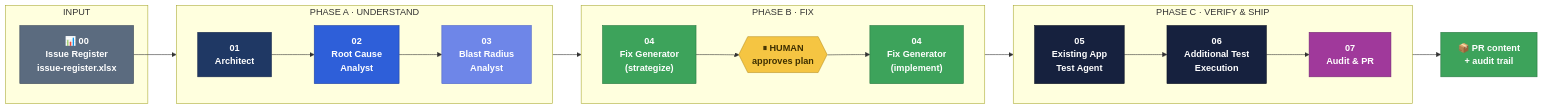
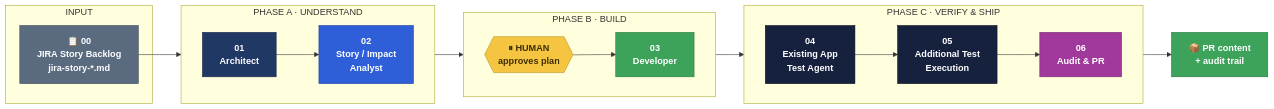
The first of 5 diagrams in .github/README.md (Udaradg/sample-java-project), drawn with Mermaid before and after one commit. The commit also changed other lines of this file and 246 other files, not shown here.

````diff
--- a/.github/README.md
+++ b/.github/README.md
@@ -43,55 +49,51 @@
 ```mermaid
 flowchart LR
   subgraph IN[" INPUT "]
-    R["📊 00<br/>Issue Register<br/>issue-register.xlsx"]
+    R["📋 00<br/>JIRA Story Backlog<br/>jira-story-*.md"]
   end
 
   subgraph A[" PHASE A · UNDERSTAND "]
     direction LR
     A1["01<br/>Architect"]
-    A2["02<br/>Root Cause<br/>Analyst"]
-    A3["03<br/>Blast Radius<br/>Analyst"]
-    A1 --> A2 --> A3
+    A2["02<br/>Story / Impact<br/>Analyst"]
+    A1 --> A2
   end
 
-  subgraph B[" PHASE B · FIX "]
+  subgraph B[" PHASE B · BUILD "]
     direction LR
-    B1["04<br/>Fix Generator<br/>(strategize)"]
     HC{{"⏸ HUMAN<br/>approves plan"}}
-    B2["04<br/>Fix Generator<br/>(implement)"]
-    B1 --> HC --> B2
+    B2["03<br/>Developer"]
+    HC --> B2
   end
 
   subgraph C[" PHASE C · VERIFY & SHIP "]
     direction LR
-    C1["05<br/>Existing App<br/>Test Agent"]
-    C2["06<br/>Additional Test<br/>Execution"]
-    C3["07<br/>Audit & PR"]
+    C1["04<br/>Existing App<br/>Test Agent"]
+    C2["05<br/>Additional Test<br/>Execution"]
+    C3["06<br/>Audit & PR"]
     C1 --> C2 --> C3
   end
 
   R --> A2
-  A3 --> B1
+  A2 --> HC
   B2 --> C1
   C3 --> OUT["📦 PR content<br/>+ audit trail"]
 
   classDef input fill:#5B6B7F,stroke:#3d4a5a,color:#fff,font-weight:bold
   classDef phaseA fill:#1F3864,stroke:#14254a,color:#fff,font-weight:bold
   classDef phaseA2 fill:#2E5FD9,stroke:#1e42a0,color:#fff,font-weight:bold
-  classDef phaseA3 fill:#6E86E8,stroke:#4a63c8,color:#fff,font-weight:bold
   classDef phaseB fill:#3DA35B,stroke:#26773f,color:#fff,font-weight:bold
   classDef human fill:#F5C542,stroke:#b8901f,color:#3d2f00,font-weight:bold
   classDef phaseC fill:#16213E,stroke:#0a1020,color:#fff,font-weight:bold
   classDef ship fill:#A0399B,stroke:#732770,color:#fff,font-weight:bold
   classDef out fill:#3DA35B,stroke:#26773f,color:#fff,font-weight:bold
 
   class R input
   class A1 phaseA
   class A2 phaseA2
-  class A3 phaseA3
-  class B1,B2 phaseB
+  class B2 phaseB
   class HC human
   class C1,C2 phaseC
   class C3 ship
   class OUT out
 ```
````
